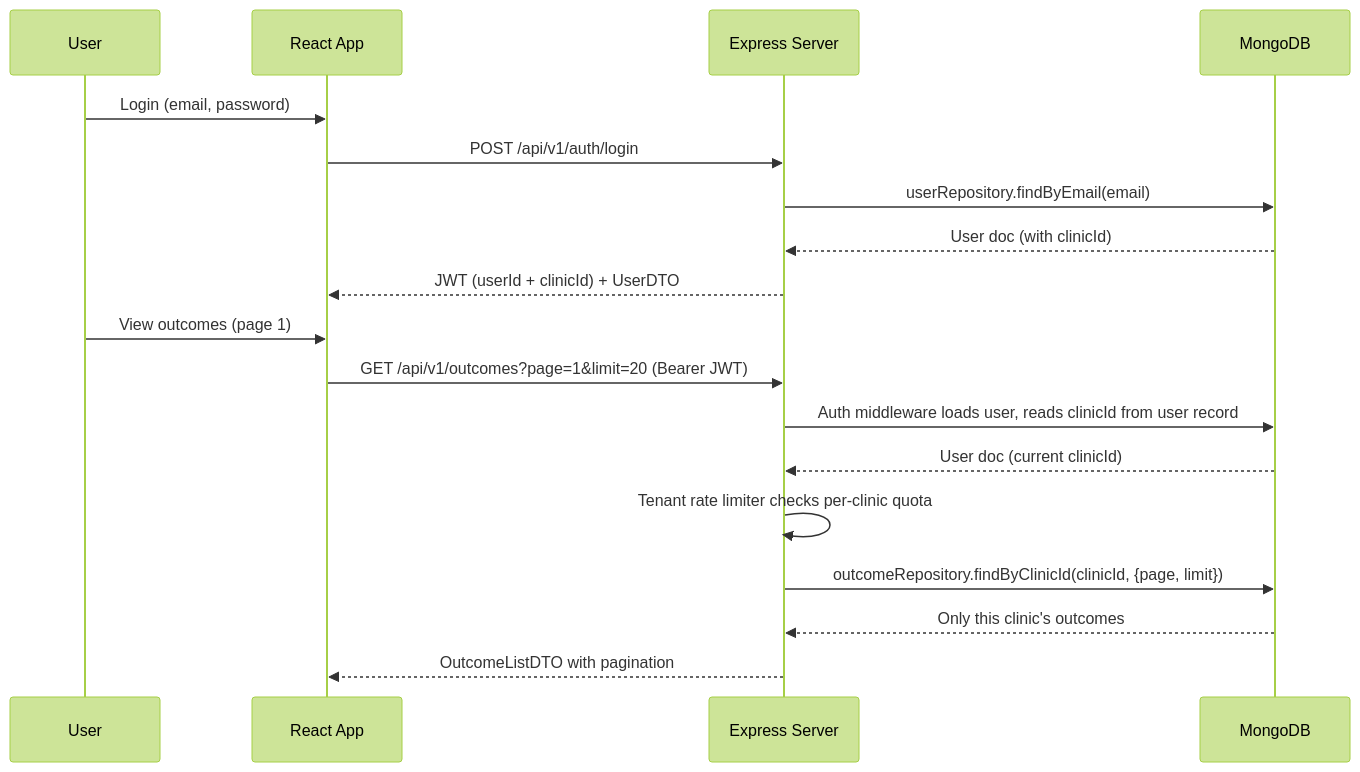
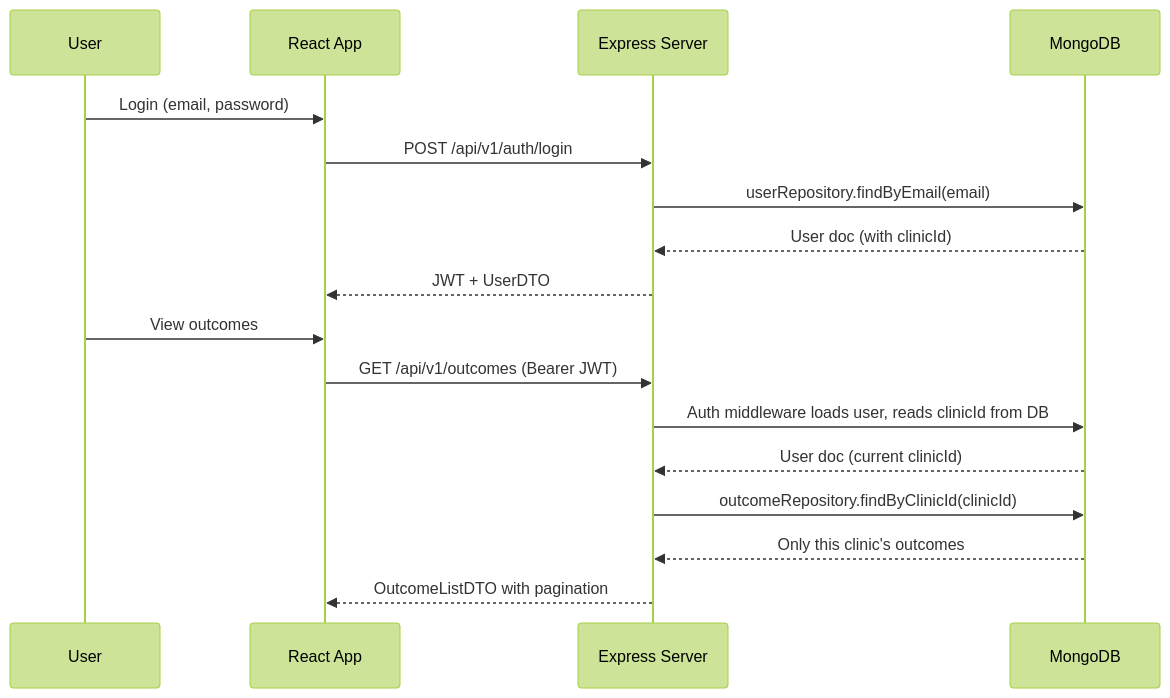
Before and after one commit to talha-hashmi141/we_healthify: the second of 3 diagrams in README.md, drawn with Mermaid (forest theme). The commit also changed other lines of this file, not shown here.

````diff
--- a/README.md
+++ b/README.md
@@ -152,22 +84,21 @@
 ```mermaid
 sequenceDiagram
   participant User
   participant React as React App
   participant API as Express Server
   participant DB as MongoDB
 
   User->>React: Login (email, password)
   React->>API: POST /api/v1/auth/login
   API->>DB: userRepository.findByEmail(email)
   DB-->>API: User doc (with clinicId)
-  API-->>React: JWT (userId + clinicId) + UserDTO
+  API-->>React: JWT + UserDTO
 
-  User->>React: View outcomes (page 1)
-  React->>API: GET /api/v1/outcomes?page=1&limit=20 (Bearer JWT)
-  API->>DB: Auth middleware loads user, reads clinicId from user record
+  User->>React: View outcomes
+  React->>API: GET /api/v1/outcomes (Bearer JWT)
+  API->>DB: Auth middleware loads user, reads clinicId from DB
   DB-->>API: User doc (current clinicId)
-  API->>API: Tenant rate limiter checks per-clinic quota
-  API->>DB: outcomeRepository.findByClinicId(clinicId, {page, limit})
+  API->>DB: outcomeRepository.findByClinicId(clinicId)
   DB-->>API: Only this clinic's outcomes
   API-->>React: OutcomeListDTO with pagination
 ```
````
